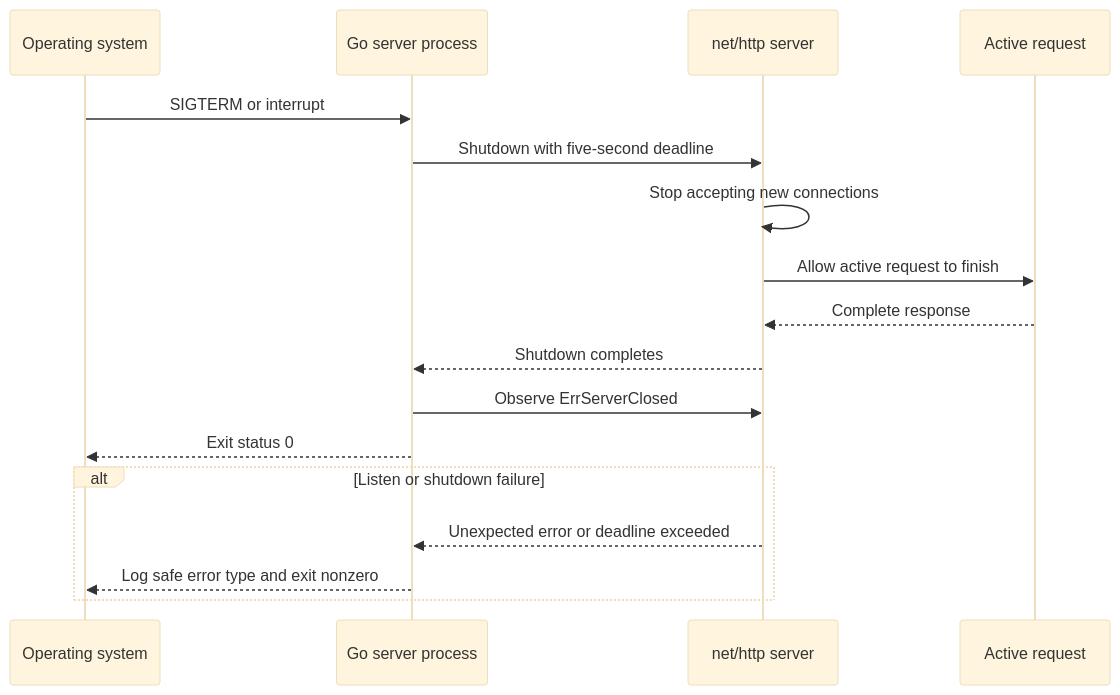
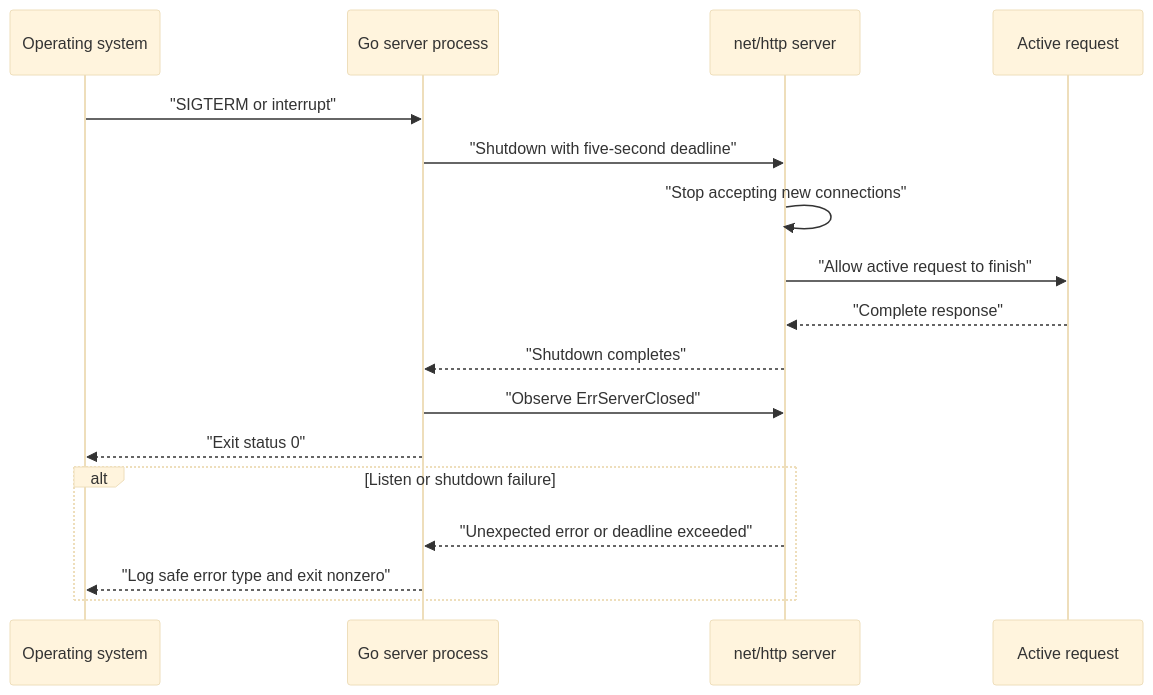
The sixth of 7 diagrams in docs/architecture.md (elnerribeiro/sezzle-test), drawn with Mermaid (base theme) before and after one commit. The commit also changed other lines of this file, not shown here.

Commit message:
Manual fix on Mermaid diagram

````diff
--- a/docs/architecture.md
+++ b/docs/architecture.md
@@ -146,21 +146,21 @@
 ```mermaid
 sequenceDiagram
   participant OS as Operating system
   participant Main as Go server process
   participant HTTP as net/http server
   participant Request as Active request
 
-  OS->>Main: SIGTERM or interrupt
-  Main->>HTTP: Shutdown with five-second deadline
-  HTTP->>HTTP: Stop accepting new connections
-  HTTP->>Request: Allow active request to finish
-  Request-->>HTTP: Complete response
-  HTTP-->>Main: Shutdown completes
-  Main->>HTTP: Observe ErrServerClosed
-  Main-->>OS: Exit status 0
+  OS->>Main: "SIGTERM or interrupt"
+  Main->>HTTP: "Shutdown with five-second deadline"
+  HTTP->>HTTP: "Stop accepting new connections"
+  HTTP->>Request: "Allow active request to finish"
+  Request-->>HTTP: "Complete response"
+  HTTP-->>Main: "Shutdown completes"
+  Main->>HTTP: "Observe ErrServerClosed"
+  Main-->>OS: "Exit status 0"
 
   alt Listen or shutdown failure
-    HTTP-->>Main: Unexpected error or deadline exceeded
-    Main-->>OS: Log safe error type and exit nonzero
+    HTTP-->>Main: "Unexpected error or deadline exceeded"
+    Main-->>OS: "Log safe error type and exit nonzero"
   end
 ```
````
